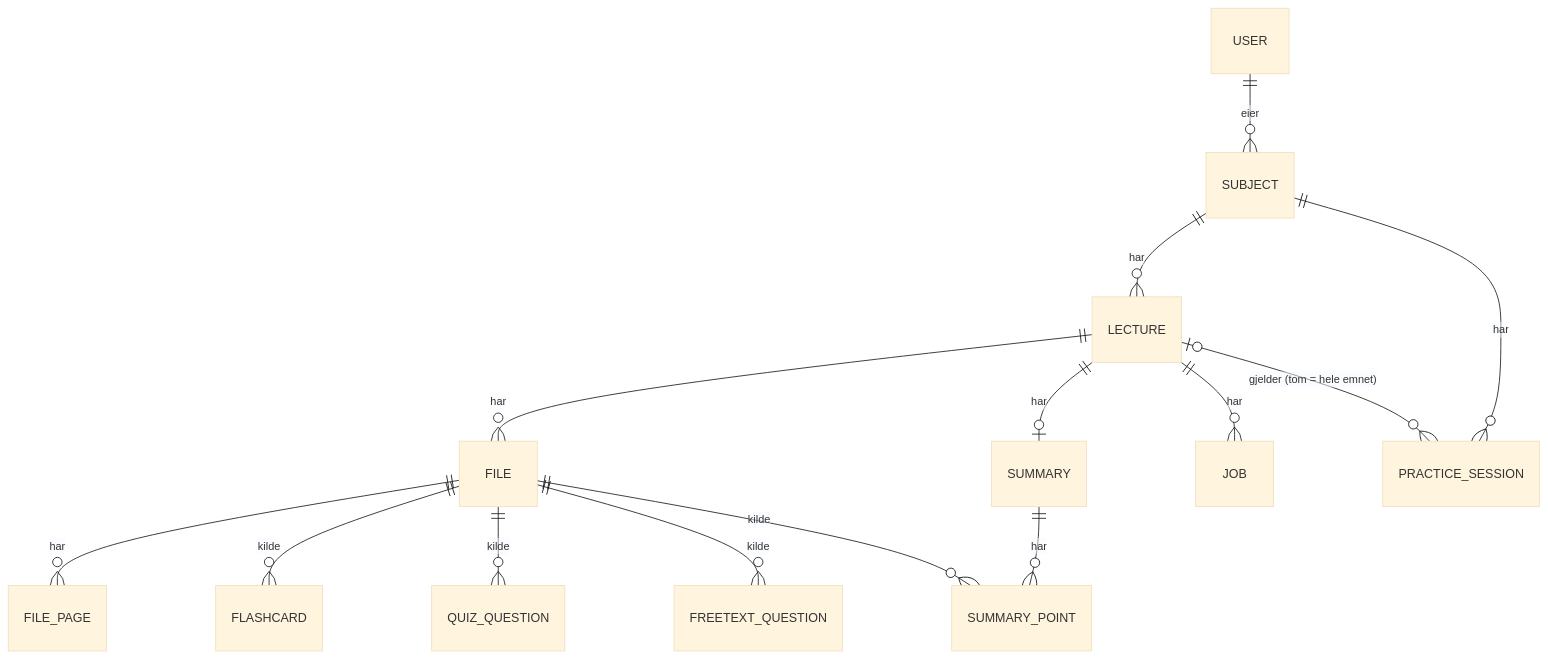
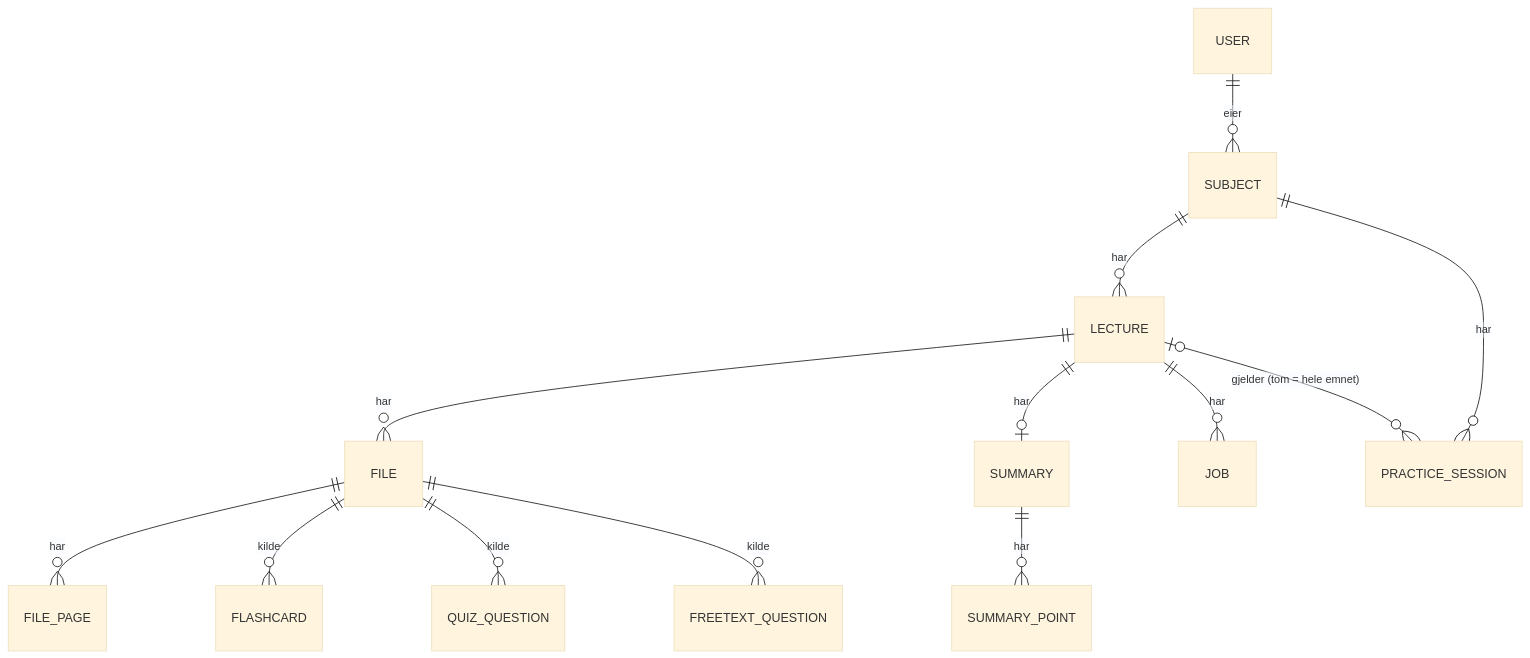
Before and after one commit to IBE160-2026/G91-vikvald: the fourth of 4 diagrams in _bmad-output/planning-artifacts/architecture/architecture-G91-vikvald-2026-11-14/ARCHITECTURE-SPINE.md, drawn with Mermaid (base theme). The commit also changed other lines of this file and 1 other file, not shown here.

````diff
--- a/_bmad-output/planning-artifacts/architecture/architecture-G91-vikvald-2026-11-14/ARCHITECTURE-SPINE.md
+++ b/_bmad-output/planning-artifacts/architecture/architecture-G91-vikvald-2026-11-14/ARCHITECTURE-SPINE.md
@@ -207,16 +267,15 @@
 ```mermaid
 erDiagram
   USER ||--o{ SUBJECT : eier
   SUBJECT ||--o{ LECTURE : har
   LECTURE ||--o{ FILE : har
   FILE ||--o{ FILE_PAGE : har
   FILE ||--o{ FLASHCARD : kilde
   FILE ||--o{ QUIZ_QUESTION : kilde
   FILE ||--o{ FREETEXT_QUESTION : kilde
   LECTURE ||--o| SUMMARY : har
   SUMMARY ||--o{ SUMMARY_POINT : har
-  FILE ||--o{ SUMMARY_POINT : kilde
   LECTURE ||--o{ JOB : har
   SUBJECT ||--o{ PRACTICE_SESSION : har
   LECTURE |o--o{ PRACTICE_SESSION : "gjelder (tom = hele emnet)"
 ```
````
